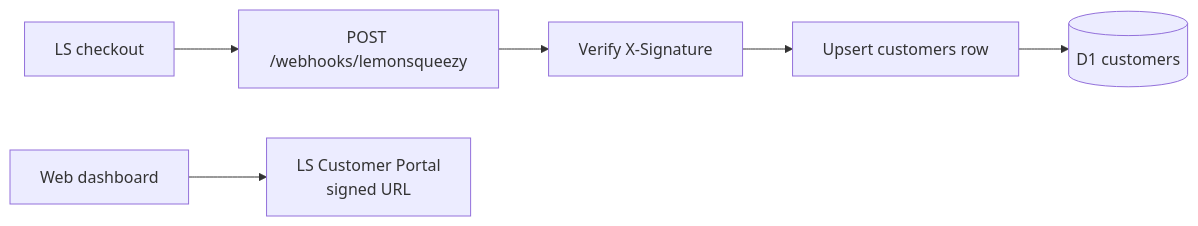
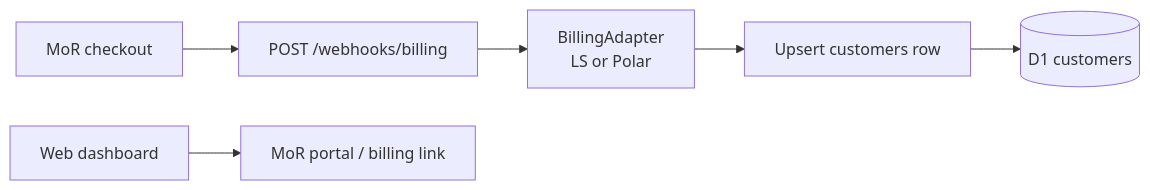
Before and after one commit to Gururajj77/knot-cms: the third of 3 diagrams in docs/PIVOT.md, drawn with Mermaid. The commit also changed other lines of this file and 30 other files, not shown here.

````diff
--- a/docs/PIVOT.md
+++ b/docs/PIVOT.md
@@ -133,9 +150,9 @@
 ```mermaid
 flowchart LR
-  Checkout["LS checkout"] --> Webhook["POST /webhooks/lemonsqueezy"]
-  Webhook --> Verify["Verify X-Signature"]
-  Verify --> Upsert["Upsert customers row"]
+  Checkout["MoR checkout"] --> Webhook["POST /webhooks/billing"]
+  Webhook --> Adapter["BillingAdapter\nLS or Polar"]
+  Adapter --> Upsert["Upsert customers row"]
   Upsert --> D1[("D1 customers")]
 
-  Dashboard["Web dashboard"] --> Portal["LS Customer Portal\nsigned URL"]
+  Dashboard["Web dashboard"] --> Portal["MoR portal / billing link"]
 ```
````
